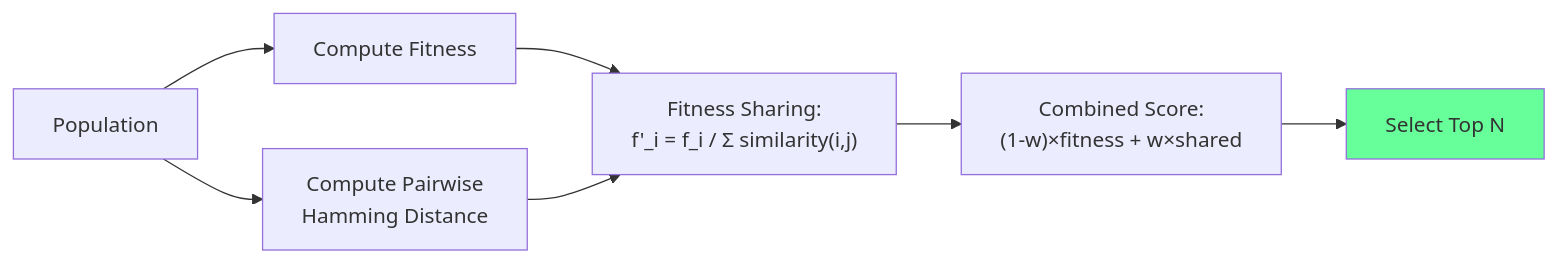
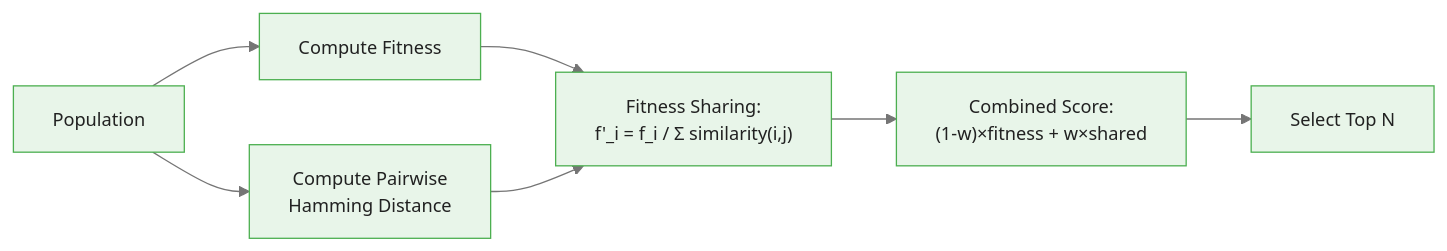
One commit to m-deane/course-creator changed the third of 3 diagrams in courses/genetic-algorithms-feature-selection/modules/module_04_implementation/guides/02_custom_operators_slides.md. Above: the diagram before and after it, drawn with Mermaid. The commit also changed other lines of this file and 52 other files, not shown here.

````diff
--- a/courses/genetic-algorithms-feature-selection/modules/module_04_implementation/guides/02_custom_operators_slides.md
+++ b/courses/genetic-algorithms-feature-selection/modules/module_04_implementation/guides/02_custom_operators_slides.md
@@ -275,10 +273,10 @@
 ```mermaid
+%%{init: {"theme": "base", "themeVariables": {"primaryColor": "#e8f5e9", "primaryBorderColor": "#4caf50", "primaryTextColor": "#212121", "secondaryColor": "#e3f2fd", "tertiaryColor": "#fff8e1", "lineColor": "#757575", "fontFamily": "Inter, sans-serif", "fontSize": "14px"}}}%%
 flowchart LR
     A["Population"] --> B["Compute Fitness"]
     A --> C["Compute Pairwise<br/>Hamming Distance"]
     B --> D["Fitness Sharing:<br/>f'_i = f_i / Σ similarity(i,j)"]
     C --> D
     D --> E["Combined Score:<br/>(1-w)×fitness + w×shared"]
     E --> F["Select Top N"]
-    style F fill:#6f9
 ```
````
